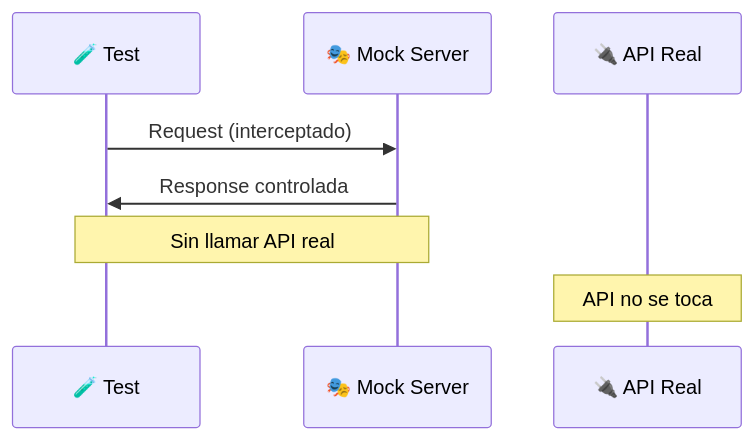
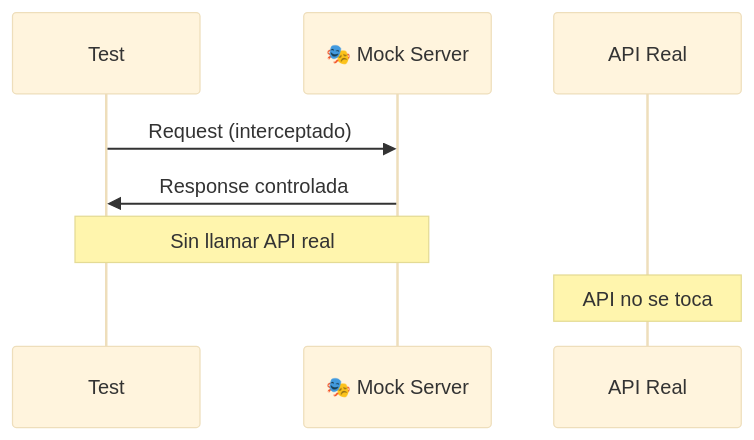
The seventh of 7 diagrams in courses/🟡-development/FPUNA-2026/01-DESARROLLO-SOFTWARE/especializaciones/qa-automation/02-pruebas-api.md (Ai-Whisperers/Courses-Content), drawn with Mermaid before and after one commit. The commit also changed other lines of this file and 47 other files, not shown here.

First line of the commit message:
fix: Make all 473 diagrams WCAG AAA accessible (FPUNA-2026)

````diff
--- a/courses/🟡-development/FPUNA-2026/01-DESARROLLO-SOFTWARE/especializaciones/qa-automation/02-pruebas-api.md
+++ b/courses/🟡-development/FPUNA-2026/01-DESARROLLO-SOFTWARE/especializaciones/qa-automation/02-pruebas-api.md
@@ -875,12 +881,13 @@
 ```mermaid
+%%{init: {'theme':'base', 'themeVariables': {'fontSize':'18px'}}}%%
 sequenceDiagram
-    participant T as 🧪 Test
+    participant T as Test
     participant M as 🎭 Mock Server
-    participant A as 🔌 API Real
+    participant A as API Real
     
     T->>M: Request (interceptado)
     M->>T: Response controlada
     
     Note over T,M: Sin llamar API real
     Note over A: API no se toca
 ```
````
